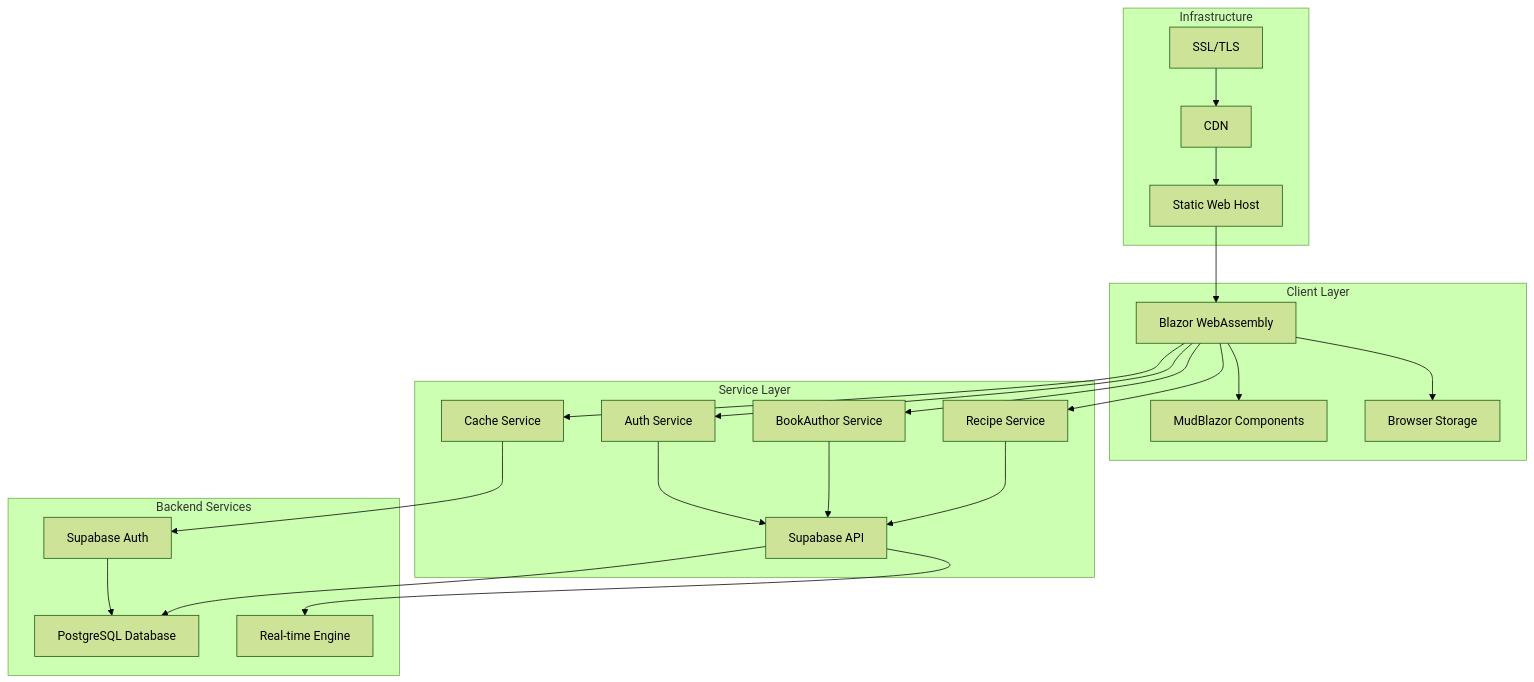
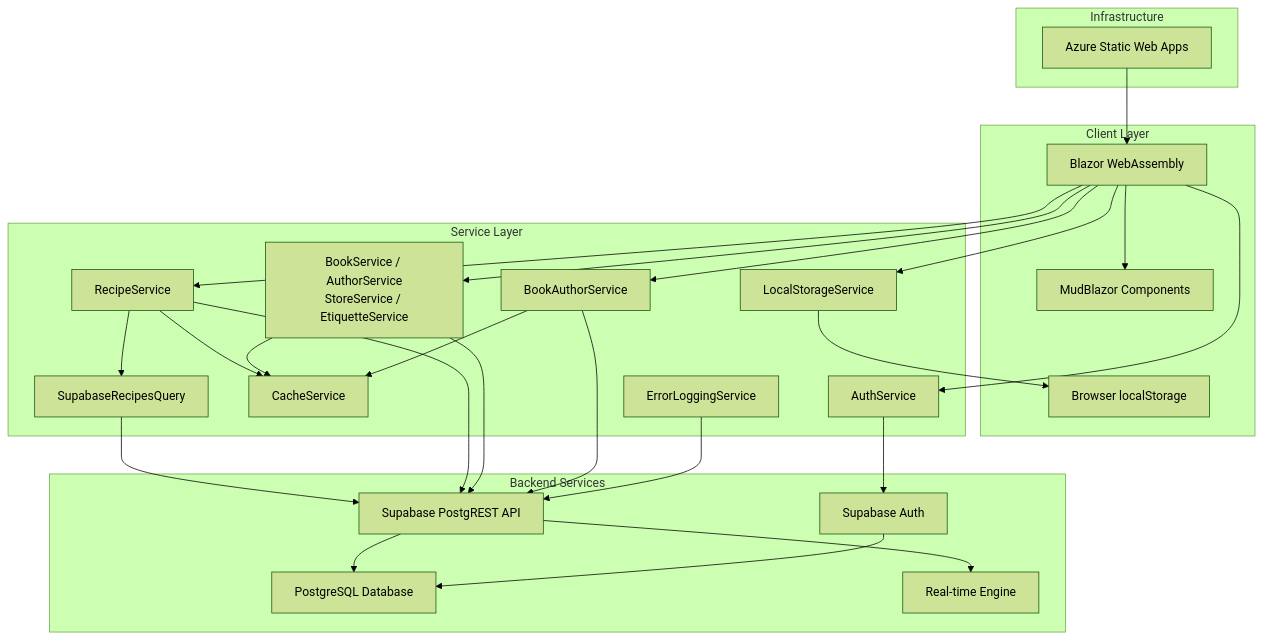
Before and after one commit to mongeon/RecettesIndex: the first of 12 diagrams in docs/ARCHITECTURE.md, drawn with Mermaid (forest theme). The commit also changed other lines of this file, not shown here.

Commit message:
docs: fix duplicate node ids in the architecture diagrams
The high-level diagram assigned H twice, to SupabaseRecipesQuery in the service
layer and to Supabase API in the backend layer, which collapsed the two into a
single node and rerouted every edge through it. The frontend technology diagram
had the same defect with K (Test Coverage and MSBuild).

Both now use descriptive ids instead of single letters, so a collision is
visible on sight. The service layer nodes and their edges also now match the
container registrations in src/Program.cs: RecipeService goes through
IRecipesQuery and ICacheService, the four CRUD services derive from
CrudServiceBase, AuthService reaches GoTrue via ISupabaseAuthWrapper, and
ErrorLoggingService writes to app_logs through PostgREST. Static Web Host and
its CDN/SSL nodes are replaced by the host actually deployed to.

Claude-Session: https://claude.ai/code/session_01WmVeZBdhSc9Py19tzMtVJm

````diff
--- a/docs/ARCHITECTURE.md
+++ b/docs/ARCHITECTURE.md
@@ -22,49 +22,56 @@
 ```mermaid
 graph TB
     subgraph "Client Layer"
-        A[Blazor WebAssembly]
-        B[MudBlazor Components]
-        C[Browser Storage]
+        BlazorApp[Blazor WebAssembly]
+        Mud[MudBlazor Components]
+        Storage[Browser localStorage]
     end
-    
+
     subgraph "Service Layer"
-        D[Recipe Service]
-        E[BookAuthor Service]
-        F[Auth Service]
-        G[Cache Service]
-        H[SupabaseRecipesQuery]
+        RecipeSvc[RecipeService]
+        CrudSvc[BookService / AuthorService<br/>StoreService / EtiquetteService]
+        BookAuthorSvc[BookAuthorService]
+        AuthSvc[AuthService]
+        CacheSvc[CacheService]
+        Query[SupabaseRecipesQuery]
+        LocalSvc[LocalStorageService]
+        ErrorSvc[ErrorLoggingService]
     end
-    
+
     subgraph "Backend Services"
-        H[Supabase API]
-        I[Supabase Auth]
-        J[PostgreSQL Database]
-        K[Real-time Engine]
+        Rest[Supabase PostgREST API]
+        GoTrue[Supabase Auth]
+        Postgres[PostgreSQL Database]
+        Realtime[Real-time Engine]
     end
-    
+
     subgraph "Infrastructure"
-        L[Static Web Host]
-        M[CDN]
-        N[SSL/TLS]
+        Swa[Azure Static Web Apps]
     end
-    
-    A --> B
-    A --> C
-    A --> D
-    A --> E
-    A --> F
-    A --> G
-    
-    D --> H
-    E --> H
-    F --> H
-    G --> I
-    
-    H --> J
-    I --> J
-    H --> K
-    
-    L --> A
-    M --> L
-    N --> M
+
+    BlazorApp --> Mud
+    BlazorApp --> RecipeSvc
+    BlazorApp --> CrudSvc
+    BlazorApp --> BookAuthorSvc
+    BlazorApp --> AuthSvc
+    BlazorApp --> LocalSvc
+    LocalSvc --> Storage
+
+    RecipeSvc --> Query
+    RecipeSvc --> CacheSvc
+    CrudSvc --> CacheSvc
+    BookAuthorSvc --> CacheSvc
+
+    Query --> Rest
+    RecipeSvc --> Rest
+    CrudSvc --> Rest
+    BookAuthorSvc --> Rest
+    ErrorSvc --> Rest
+    AuthSvc --> GoTrue
+
+    Rest --> Postgres
+    GoTrue --> Postgres
+    Rest --> Realtime
+
+    Swa --> BlazorApp
 ```
````
